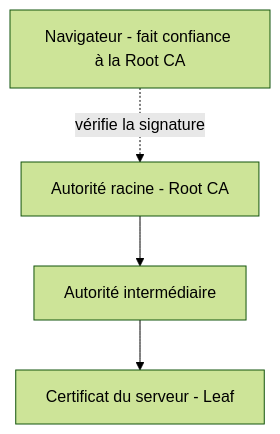
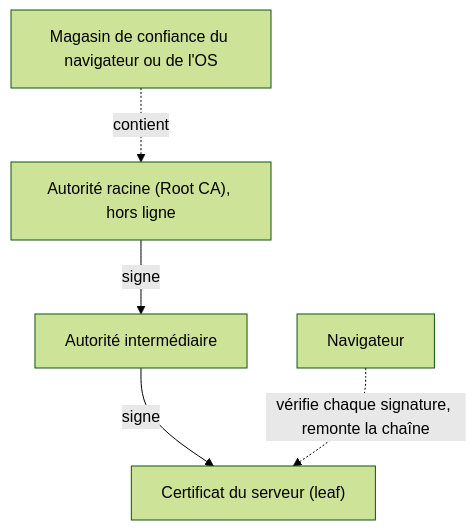
The diagram in content/courses/cryptographie/05-infrastructure-cles-publiques-pki.md (AureDulvresse/nyx), drawn with Mermaid (forest theme) before and after one commit. The commit also changed other lines of this file and 167 other files, not shown here.

````diff
--- a/content/courses/cryptographie/05-infrastructure-cles-publiques-pki.md
+++ b/content/courses/cryptographie/05-infrastructure-cles-publiques-pki.md
@@ -34,6 +69,7 @@
 ```mermaid
 graph TD
-    A[Autorité racine - Root CA] --> B[Autorité intermédiaire]
-    B --> C[Certificat du serveur - Leaf]
-    D[Navigateur - fait confiance à la Root CA] -.vérifie la signature.-> A
+    A["Autorité racine (Root CA), hors ligne"] -->|signe| B["Autorité intermédiaire"]
+    B -->|signe| C["Certificat du serveur (leaf)"]
+    D["Magasin de confiance du navigateur ou de l'OS"] -.->|contient| A
+    E["Navigateur"] -.->|vérifie chaque signature, remonte la chaîne| C
 ```
````
